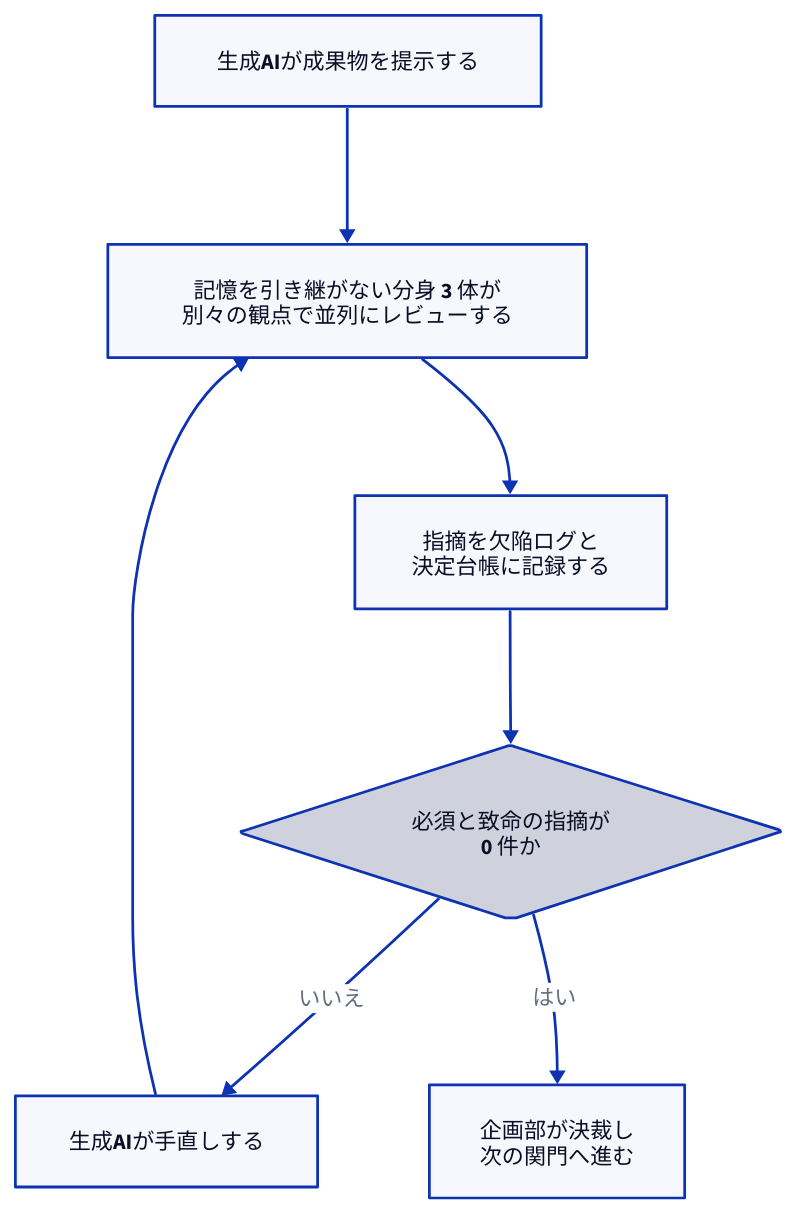
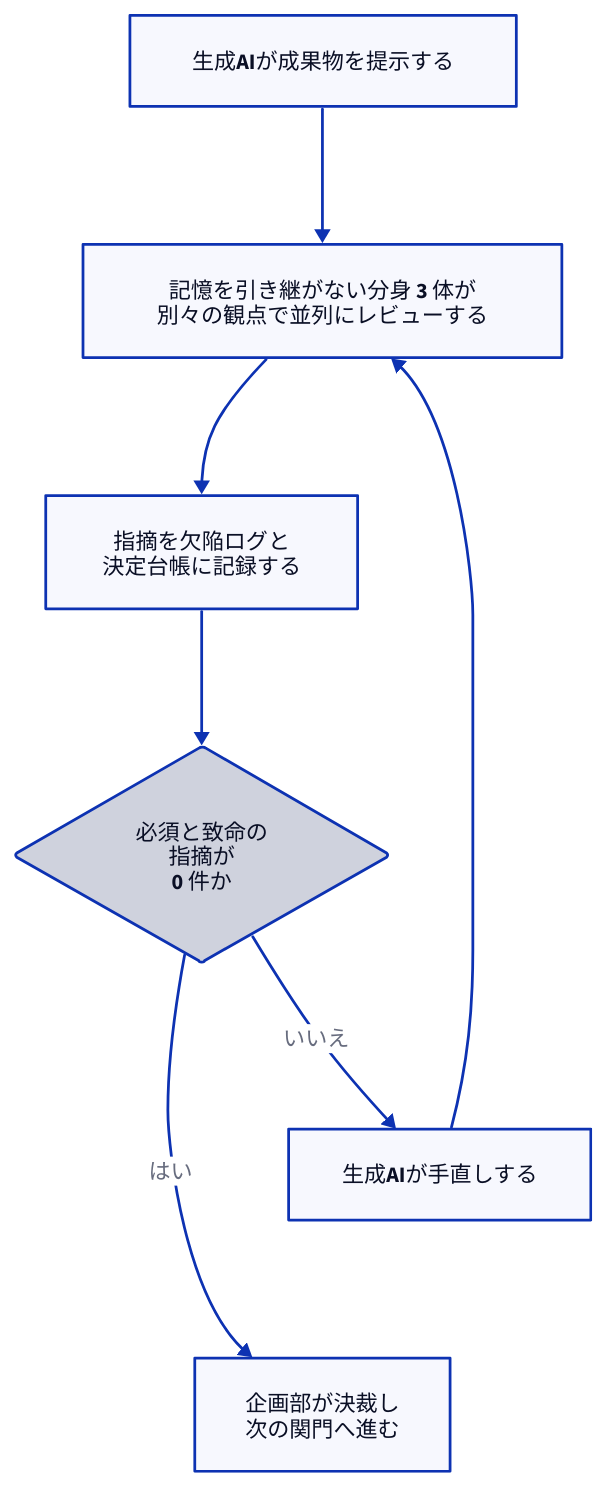
The diagram in images/ganbari-quest-design/data-modeling.d2 (Takenori-Kusaka/publishing-hub), drawn with D2 before and after one commit. The commit also changed 78 other files, not shown here.

First line of the commit message:
fix(diagrams): 自然幅が 480px を超えていた図 26 枚を縦に積んで描き直す

```diff
--- a/images/ganbari-quest-design/data-modeling.d2
+++ b/images/ganbari-quest-design/data-modeling.d2
@@ -1,22 +1,26 @@
 # 関門ごとのレビューの回し方（正本: books/ganbari-quest-design/data-modeling.md）
 # 一方向のフローなので layout は dagre（TALA は公式に「DAG は苦手」と明記）。
+# 電話（本文幅 約 360px）で 0.75 倍より縮まず文字が読めるよう、自然幅を 480px 以下にする。
+# そのため判定のひし形は 1 行を 6 字までにし、「いいえ」と「はい」の行き先を横に並べず縦に積む。
+# W -> G は段を分けるためだけの見えない線（opacity 0）で、意味の矢印ではない。
 vars: {
   d2-config: {
     layout-engine: dagre
   }
 }
 direction: down
 
 A: "生成AIが成果物を提示する"
 R: "記憶を引き継がない分身 3 体が\n別々の観点で並列にレビューする"
 L: "指摘を欠陥ログと\n決定台帳に記録する"
-Q: "必須と致命の指摘が\n0 件か" { shape: diamond }
+Q: "必須と致命の\n指摘が\n0 件か" { shape: diamond }
 W: "生成AIが手直しする"
 G: "企画部が決裁し\n次の関門へ進む"
 
 A -> R
 R -> L
 L -> Q
 Q -> W: "いいえ"
 W -> R
 Q -> G: "はい"
+W -> G: {style.opacity: 0}
```
